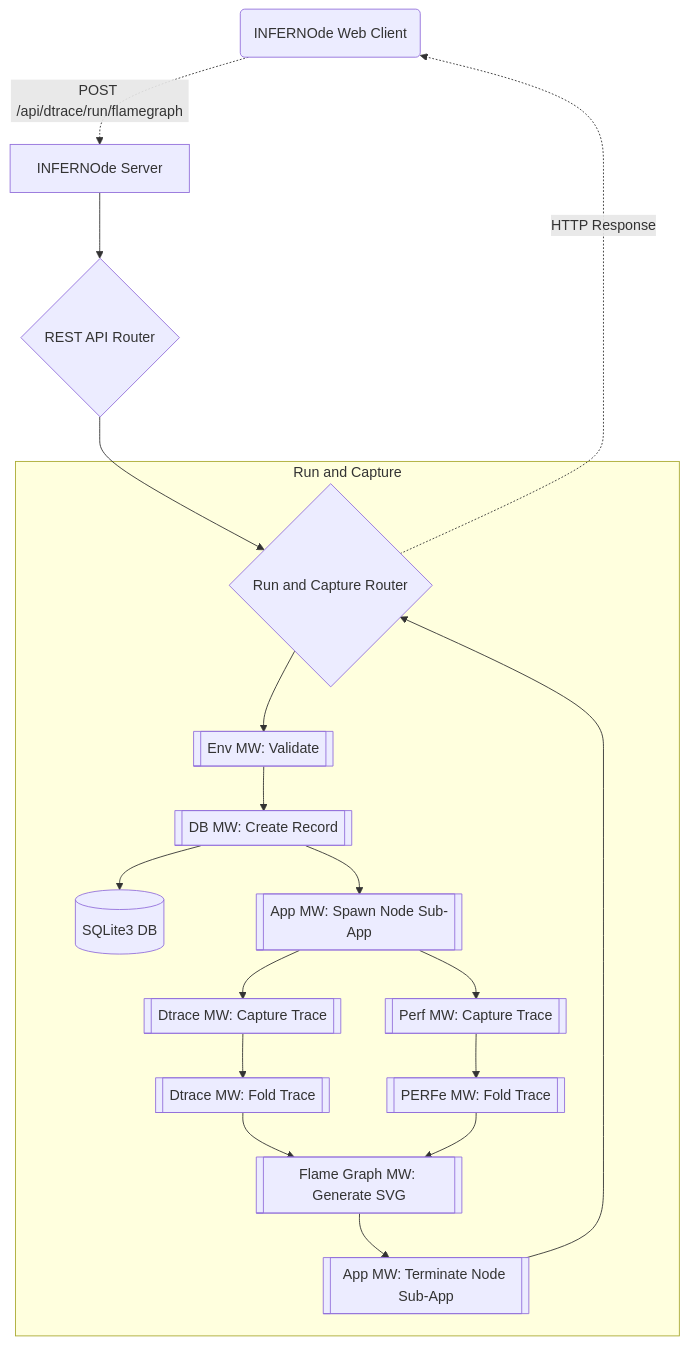
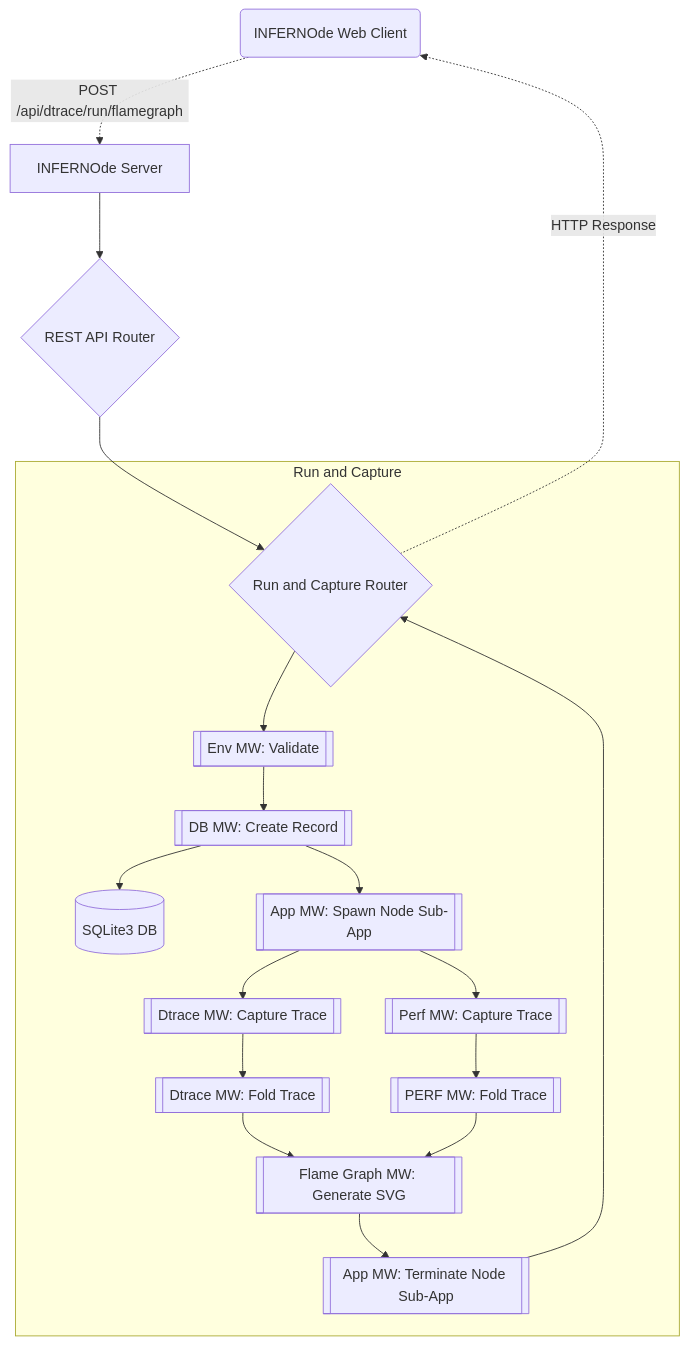
One commit to oslabs-beta/infernode changed the first of 2 diagrams in README.md. Above: the diagram before and after it, drawn with Mermaid. The commit also changed other lines of this file, not shown here.

Commit message:
Add git workflow graph

````diff
--- a/README.md
+++ b/README.md
@@ -48,21 +48,21 @@
 ```mermaid
 graph TD;
     C("INFERNOde Web Client") -.-> |"POST /api/dtrace/run/flamegraph"| S["INFERNOde Server"];
     S --> RA{"REST API Router"};
     RA --> RRC{"Run and Capture Router"};
     subgraph "Run and Capture";
     RRC --> ME[["Env MW: Validate"]];
     ME --> MDB[["DB MW: Create Record"]];
     MDB --> SQL[("SQLite3 DB")];
     MDB --> MA1[["App MW: Spawn Node Sub-App"]];
     MA1 --> MDT1[["Dtrace MW: Capture Trace"]];
     MA1 --> MPT1[["Perf MW: Capture Trace"]];
     MDT1 --> MDT2[["Dtrace MW: Fold Trace"]];
-    MPT1 --> MPT2[["PERFe MW: Fold Trace"]];
+    MPT1 --> MPT2[["PERF MW: Fold Trace"]];
     MDT2 --> MFG[["Flame Graph MW: Generate SVG"]];
     MPT2 --> MFG;
     MFG --> MA2[["App MW: Terminate Node Sub-App"]];
     MA2 --> RRC;
     end
     RRC -.-> |"HTTP Response"| C;
 ```
````
